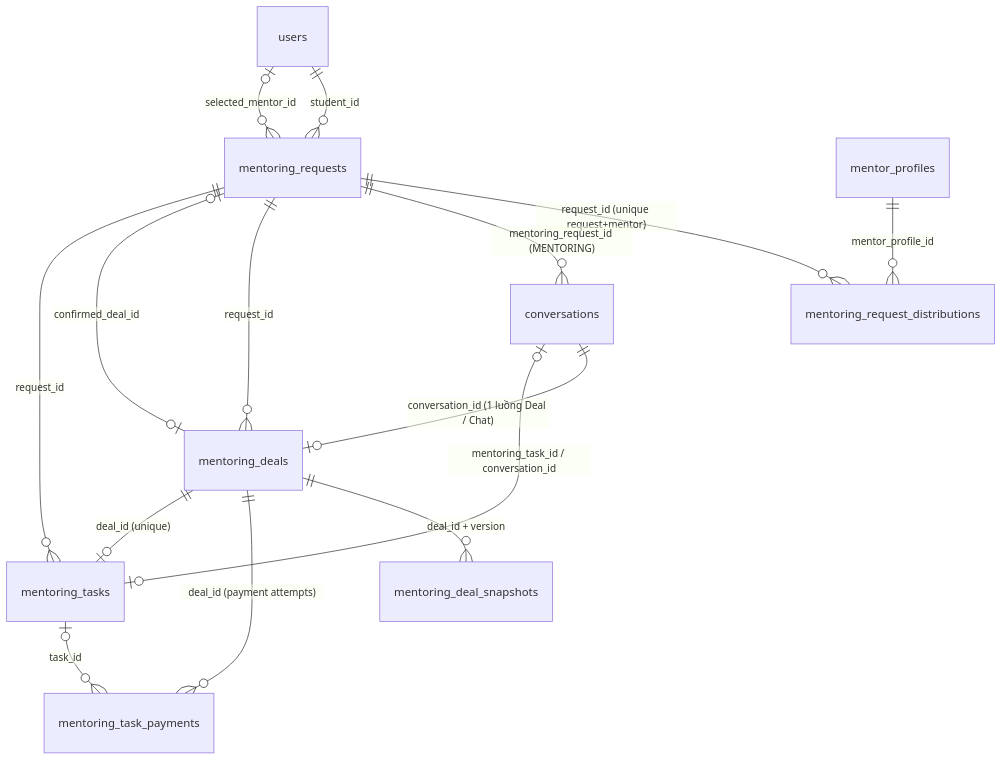
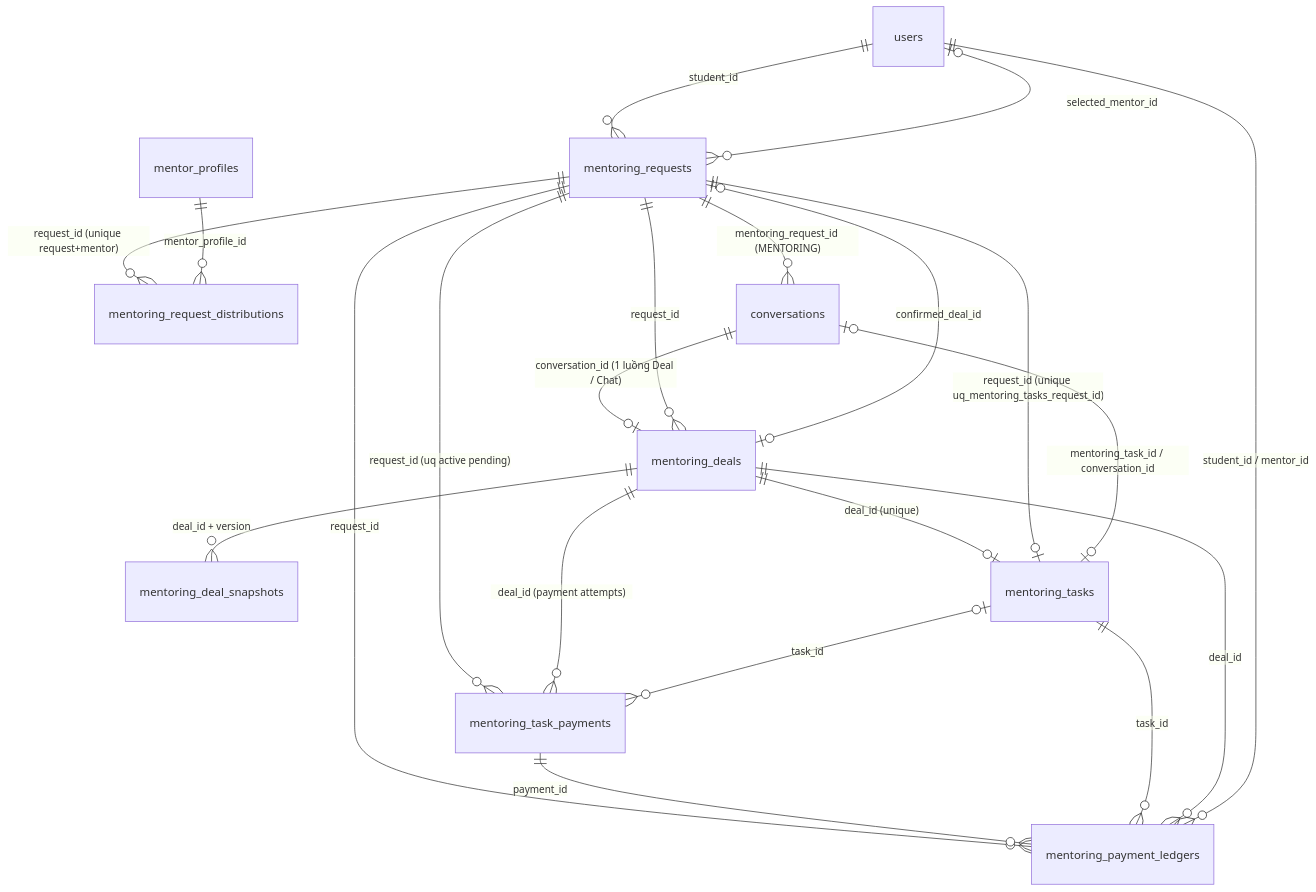
One commit to Alumnect/Alumnect changed the second of 4 diagrams in docs/update_SRS/SRS_UC100-105_Mentoring_End_To_End_Flow.md. Above: the diagram before and after it, drawn with Mermaid. The commit also changed other lines of this file and 2 other files, not shown here.

Commit message:
docs(mentorship): update SRS specifications for UC104, UC105, and End-to-End flow matching V24 migration

````diff
--- a/docs/update_SRS/SRS_UC100-105_Mentoring_End_To_End_Flow.md
+++ b/docs/update_SRS/SRS_UC100-105_Mentoring_End_To_End_Flow.md
@@ -194,17 +215,23 @@
 ```mermaid
 erDiagram
     users ||--o{ mentoring_requests : "student_id"
     mentoring_requests ||--o{ mentoring_request_distributions : "request_id (unique request+mentor)"
     mentor_profiles ||--o{ mentoring_request_distributions : "mentor_profile_id"
     mentoring_requests ||--o{ conversations : "mentoring_request_id (MENTORING)"
     conversations ||--o| mentoring_deals : "conversation_id (1 luồng Deal / Chat)"
     mentoring_requests ||--o{ mentoring_deals : "request_id"
     mentoring_deals ||--o{ mentoring_deal_snapshots : "deal_id + version"
     mentoring_requests |o--o| mentoring_deals : "confirmed_deal_id"
     users |o--o{ mentoring_requests : "selected_mentor_id"
+    mentoring_requests ||--o{ mentoring_task_payments : "request_id (uq active pending)"
     mentoring_deals ||--o{ mentoring_task_payments : "deal_id (payment attempts)"
     mentoring_deals ||--o| mentoring_tasks : "deal_id (unique)"
-    mentoring_requests ||--o{ mentoring_tasks : "request_id"
+    mentoring_requests ||--o| mentoring_tasks : "request_id (unique uq_mentoring_tasks_request_id)"
     conversations |o--o| mentoring_tasks : "mentoring_task_id / conversation_id"
     mentoring_tasks |o--o{ mentoring_task_payments : "task_id"
+    mentoring_requests ||--o{ mentoring_payment_ledgers : "request_id"
+    mentoring_task_payments ||--o{ mentoring_payment_ledgers : "payment_id"
+    mentoring_tasks ||--o{ mentoring_payment_ledgers : "task_id"
+    mentoring_deals ||--o{ mentoring_payment_ledgers : "deal_id"
+    users ||--o{ mentoring_payment_ledgers : "student_id / mentor_id"
 ```
````
